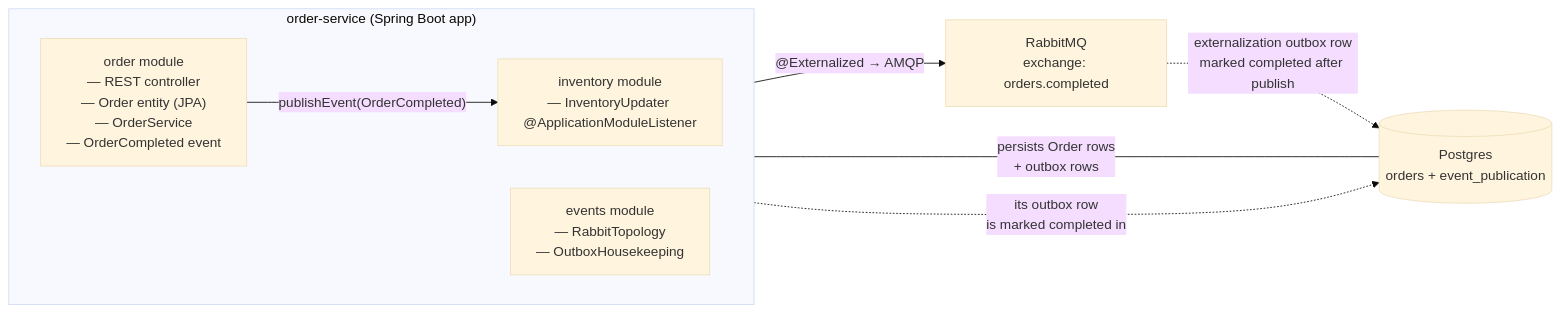
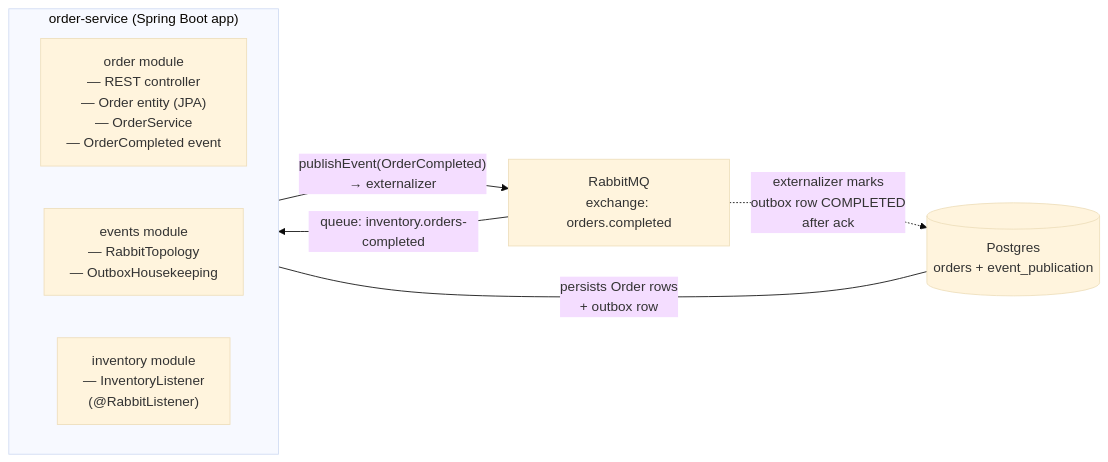
One commit to ashakirin/springboot changed the seventh of 7 diagrams in jspring-modulith-outbox/modulith-outbox.md. Above: the diagram before and after it, drawn with Mermaid (base theme). The commit also changed other lines of this file and 2 other files, not shown here.

Commit message:
Updated to real RabbitMQ listener

````diff
--- a/jspring-modulith-outbox/modulith-outbox.md
+++ b/jspring-modulith-outbox/modulith-outbox.md
@@ -298,18 +334,17 @@
 ```mermaid
 flowchart LR
     subgraph order_service["order-service (Spring Boot app)"]
         direction LR
         order["order module<br/>― REST controller<br/>― Order entity (JPA)<br/>― OrderService<br/>― OrderCompleted event"]
-        inventory["inventory module<br/>― InventoryUpdater @ApplicationModuleListener"]
         events_pkg["events module<br/>― RabbitTopology<br/>― OutboxHousekeeping"]
+        inventory["inventory module<br/>― InventoryListener<br/>(@RabbitListener)"]
     end
 
     db[("Postgres<br/>orders + event_publication")]
     rabbit["RabbitMQ<br/>exchange: orders.completed"]
 
-    order -->|"publishEvent(OrderCompleted)"| inventory
-    order -->|"@Externalized → AMQP"| rabbit
-    order ---|"persists Order rows<br/>+ outbox rows"| db
-    inventory -.->|"its outbox row<br/>is marked completed in"| db
-    rabbit -.->|"externalization outbox row<br/>marked completed after publish"| db
+    order ---|"persists Order rows<br/>+ outbox row"| db
+    order -->|"publishEvent(OrderCompleted)<br/>→ externalizer"| rabbit
+    rabbit -->|"queue: inventory.orders-completed"| inventory
+    rabbit -.->|"externalizer marks<br/>outbox row COMPLETED<br/>after ack"| db
 ```
````
